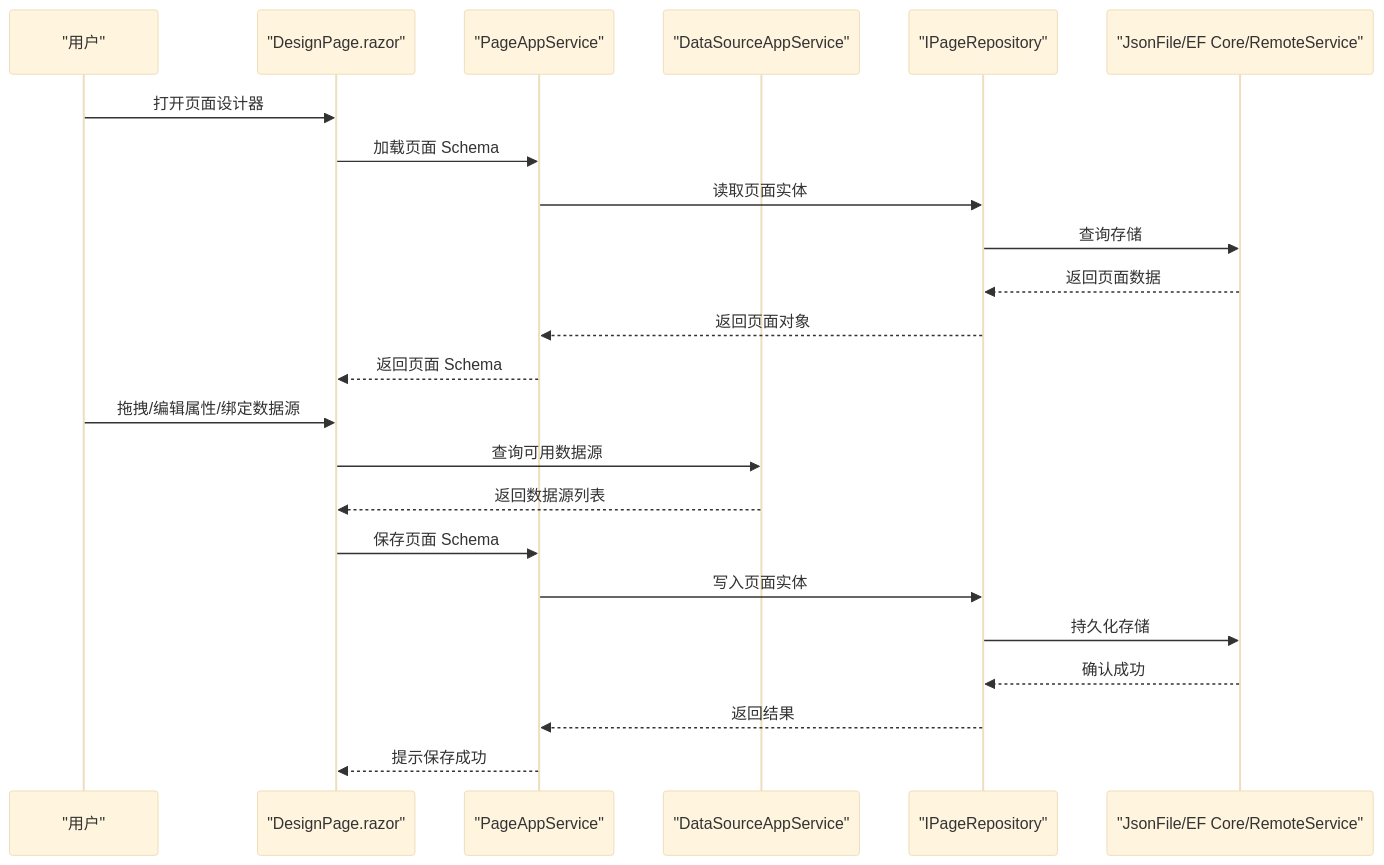
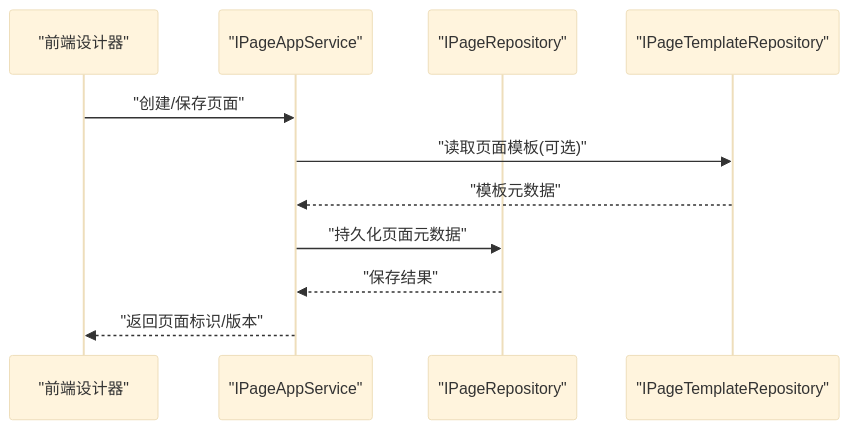
Before and after one commit to openlowcodelab/lowcode: the third of 8 diagrams in .qoder/repowiki/zh/content/低代码平台/设计引擎/设计引擎.md, drawn with Mermaid (base theme). The commit also changed other lines of this file and 223 other files, not shown here.

````diff
--- a/.qoder/repowiki/zh/content/低代码平台/设计引擎/设计引擎.md
+++ b/.qoder/repowiki/zh/content/低代码平台/设计引擎/设计引擎.md
@@ -341,27 +256,14 @@
 ```mermaid
 sequenceDiagram
-    participant User as "用户"
-    participant Page as "DesignPage.razor"
-    participant Service as "PageAppService"
-    participant DS as "DataSourceAppService"
+    participant FE as "前端设计器"
+    participant API as "IPageAppService"
     participant Repo as "IPageRepository"
-    participant Store as "JsonFile/EF Core/RemoteService"
+    participant TRepo as "IPageTemplateRepository"
 
-    User->>Page: 打开页面设计器
-    Page->>Service: 加载页面 Schema
-    Service->>Repo: 读取页面实体
-    Repo->>Store: 查询存储
-    Store-->>Repo: 返回页面数据
-    Repo-->>Service: 返回页面对象
-    Service-->>Page: 返回页面 Schema
-
-    User->>Page: 拖拽/编辑属性/绑定数据源
-    Page->>DS: 查询可用数据源
-    DS-->>Page: 返回数据源列表
-    Page->>Service: 保存页面 Schema
-    Service->>Repo: 写入页面实体
-    Repo->>Store: 持久化存储
-    Store-->>Repo: 确认成功
-    Repo-->>Service: 返回结果
-    Service-->>Page: 提示保存成功
+    FE->>API: "创建/保存页面"
+    API->>TRepo: "读取页面模板(可选)"
+    TRepo-->>API: "模板元数据"
+    API->>Repo: "持久化页面元数据"
+    Repo-->>API: "保存结果"
+    API-->>FE: "返回页面标识/版本"
 ```
````
